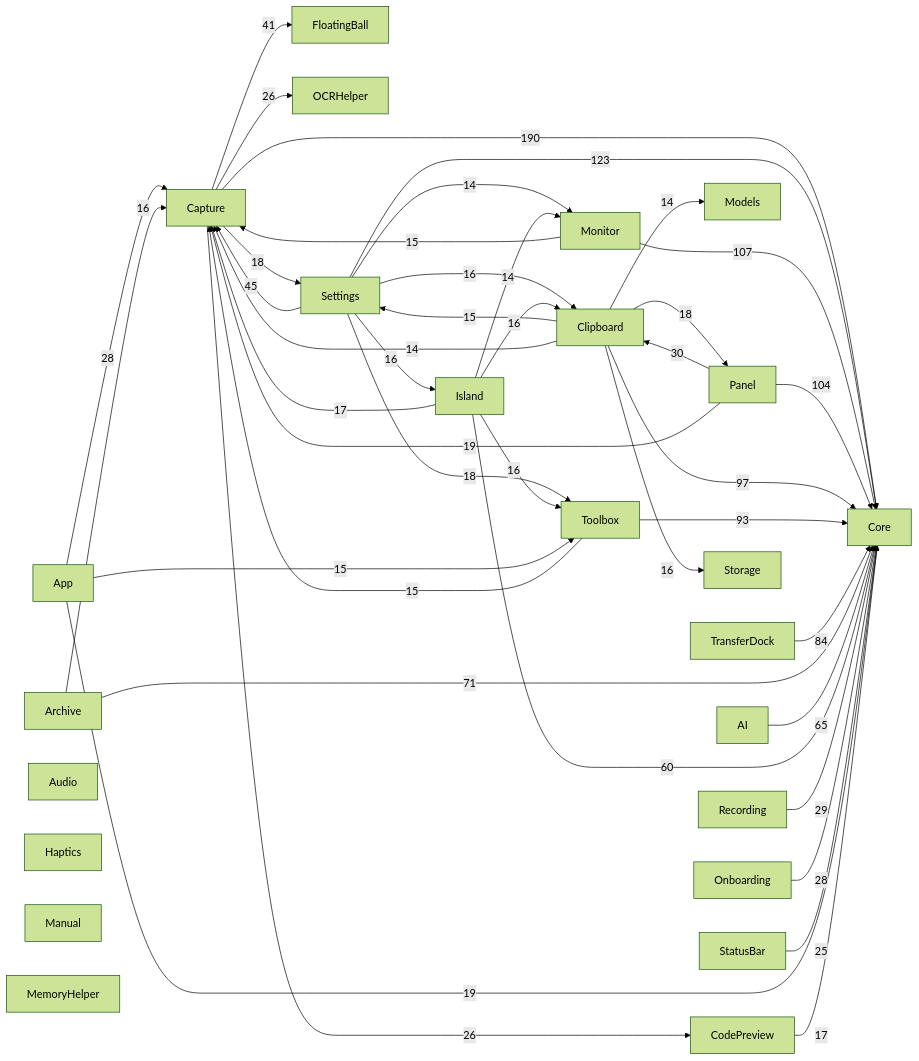
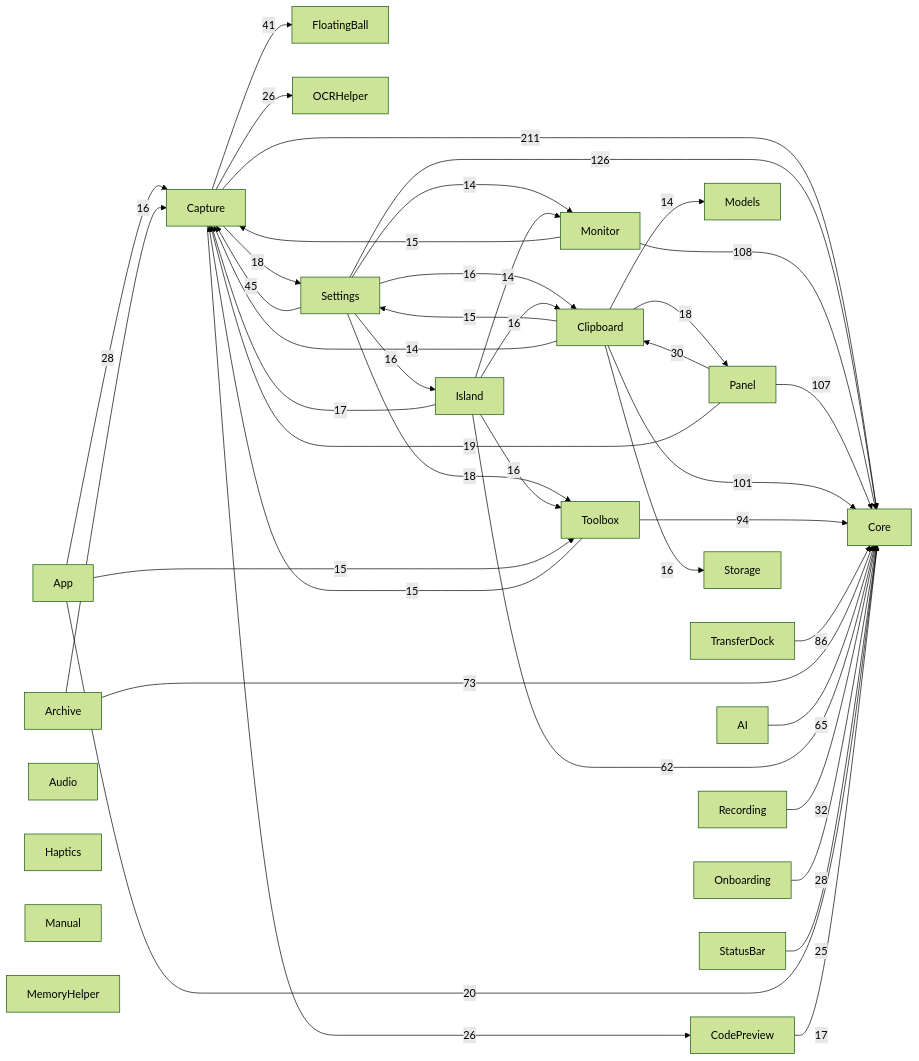
Before and after one commit to sxyq/Kitnest: the diagram in docs/00-总览/模块依赖图.md, drawn with Mermaid (forest theme). The commit also changed other lines of this file and 3 other files, not shown here.

````diff
--- a/docs/00-总览/模块依赖图.md
+++ b/docs/00-总览/模块依赖图.md
@@ -38,67 +38,67 @@
 ```mermaid
 flowchart LR
   M0["AI"]
   M1["App"]
   M2["Archive"]
   M3["Audio"]
   M4["Capture"]
   M5["Clipboard"]
   M6["CodePreview"]
   M7["Core"]
   M8["FloatingBall"]
   M9["Haptics"]
   M10["Island"]
   M11["Manual"]
   M12["MemoryHelper"]
   M13["Models"]
   M14["Monitor"]
   M15["OCRHelper"]
   M16["Onboarding"]
   M17["Panel"]
   M18["Recording"]
   M19["Settings"]
   M20["StatusBar"]
   M21["Storage"]
   M22["Toolbox"]
   M23["TransferDock"]
-  M4 -->|190| M7
-  M19 -->|123| M7
-  M14 -->|107| M7
-  M17 -->|104| M7
-  M5 -->|97| M7
-  M22 -->|93| M7
-  M23 -->|84| M7
-  M2 -->|71| M7
+  M4 -->|211| M7
+  M19 -->|126| M7
+  M14 -->|108| M7
+  M17 -->|107| M7
+  M5 -->|101| M7
+  M22 -->|94| M7
+  M23 -->|86| M7
+  M2 -->|73| M7
   M0 -->|65| M7
-  M10 -->|60| M7
+  M10 -->|62| M7
   M19 -->|45| M4
   M4 -->|41| M8
+  M18 -->|32| M7
   M17 -->|30| M5
-  M18 -->|29| M7
   M1 -->|28| M4
   M16 -->|28| M7
   M4 -->|26| M15
   M4 -->|26| M6
   M20 -->|25| M7
-  M1 -->|19| M7
+  M1 -->|20| M7
   M17 -->|19| M4
   M19 -->|18| M22
   M4 -->|18| M19
   M5 -->|18| M17
   M6 -->|17| M7
   M10 -->|17| M4
   M19 -->|16| M5
   M19 -->|16| M10
   M2 -->|16| M4
+  M10 -->|16| M22
   M10 -->|16| M5
-  M10 -->|16| M22
   M5 -->|16| M21
   M1 -->|15| M22
   M14 -->|15| M4
   M22 -->|15| M4
   M5 -->|15| M19
   M19 -->|14| M14
   M10 -->|14| M14
   M5 -->|14| M4
   M5 -->|14| M13
 ```
````
